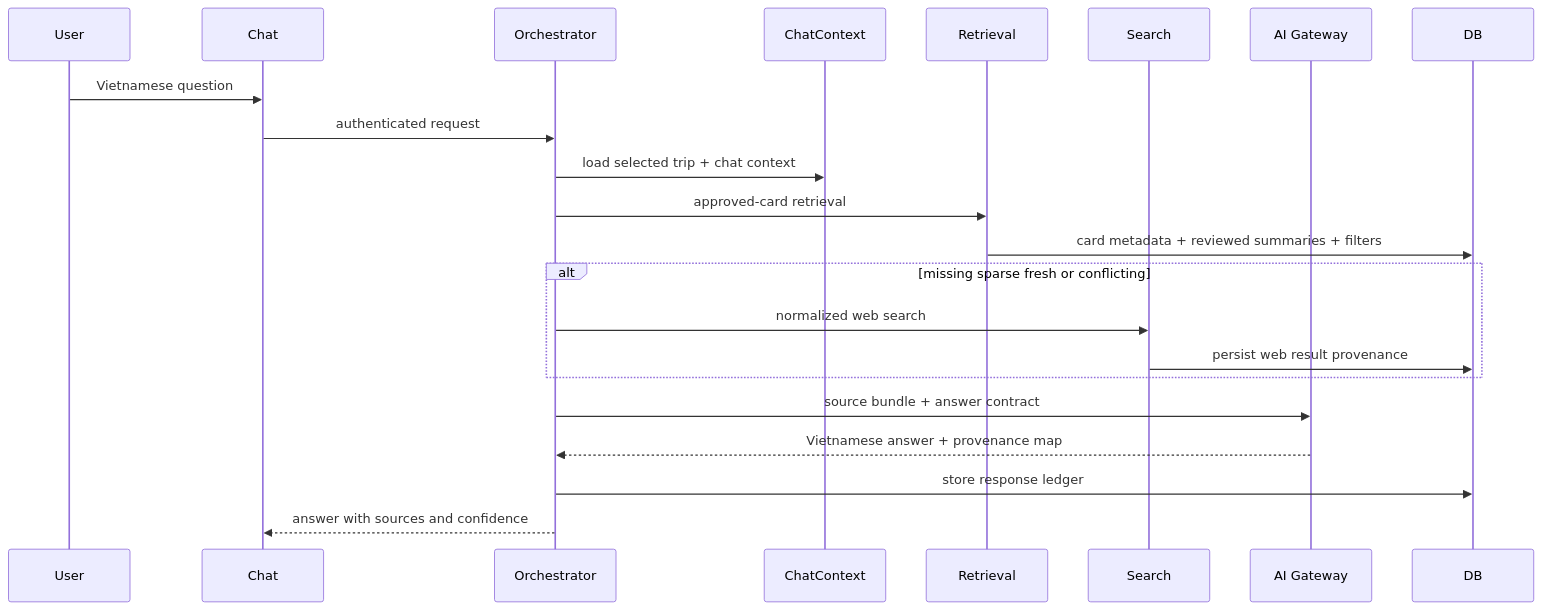
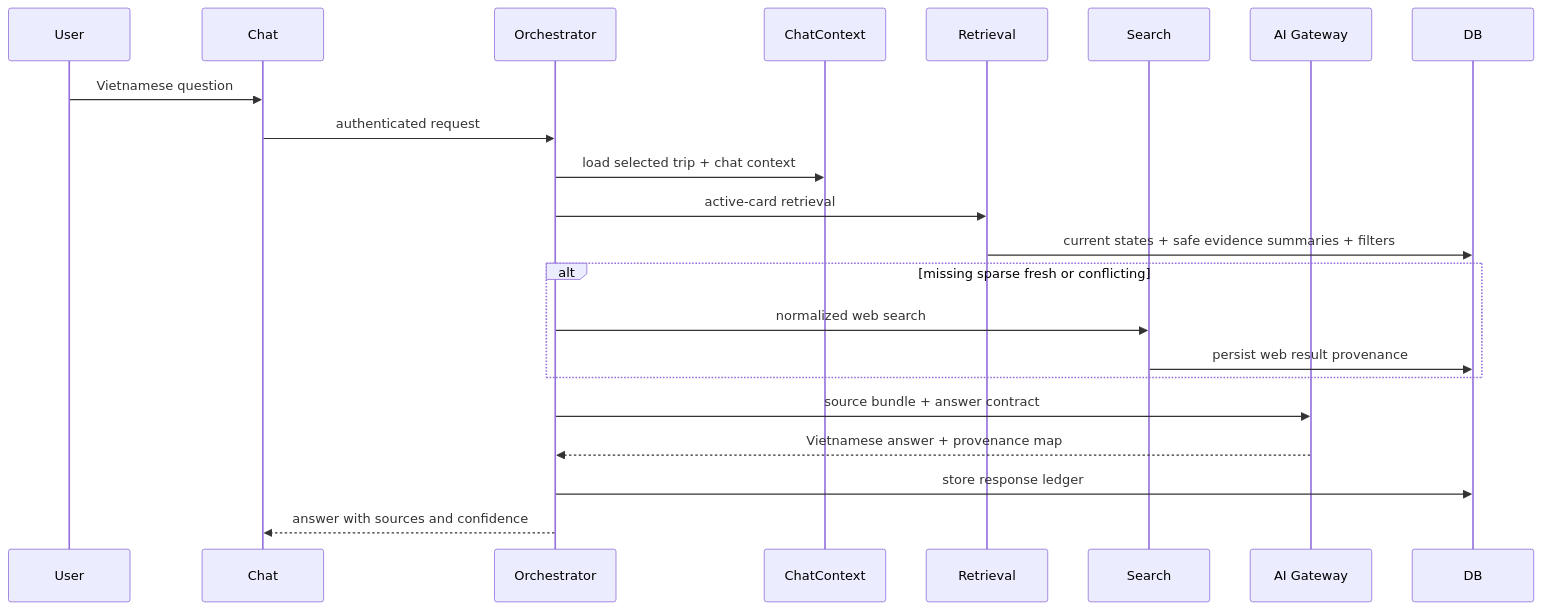
One commit to tonytippi/xuyenviet changed the third of 3 diagrams in _bmad-output/planning-artifacts/architecture/architecture-xuyenviet-2026-07-04/ARCHITECTURE-SPINE.md. Above: the diagram before and after it, drawn with Mermaid. The commit also changed other lines of this file and 5 other files, not shown here.

````diff
--- a/_bmad-output/planning-artifacts/architecture/architecture-xuyenviet-2026-07-04/ARCHITECTURE-SPINE.md
+++ b/_bmad-output/planning-artifacts/architecture/architecture-xuyenviet-2026-07-04/ARCHITECTURE-SPINE.md
@@ -172,24 +176,24 @@
 ```mermaid
 sequenceDiagram
   participant User
   participant Chat
   participant Orchestrator
   participant ChatContext
   participant Retrieval
   participant Search
   participant AIGateway as AI Gateway
   participant DB
   User->>Chat: Vietnamese question
   Chat->>Orchestrator: authenticated request
   Orchestrator->>ChatContext: load selected trip + chat context
-  Orchestrator->>Retrieval: approved-card retrieval
-  Retrieval->>DB: card metadata + reviewed summaries + filters
+  Orchestrator->>Retrieval: active-card retrieval
+  Retrieval->>DB: current states + safe evidence summaries + filters
   alt missing sparse fresh or conflicting
     Orchestrator->>Search: normalized web search
     Search->>DB: persist web result provenance
   end
   Orchestrator->>AIGateway: source bundle + answer contract
   AIGateway-->>Orchestrator: Vietnamese answer + provenance map
   Orchestrator->>DB: store response ledger
   Orchestrator-->>Chat: answer with sources and confidence
 ```
````
